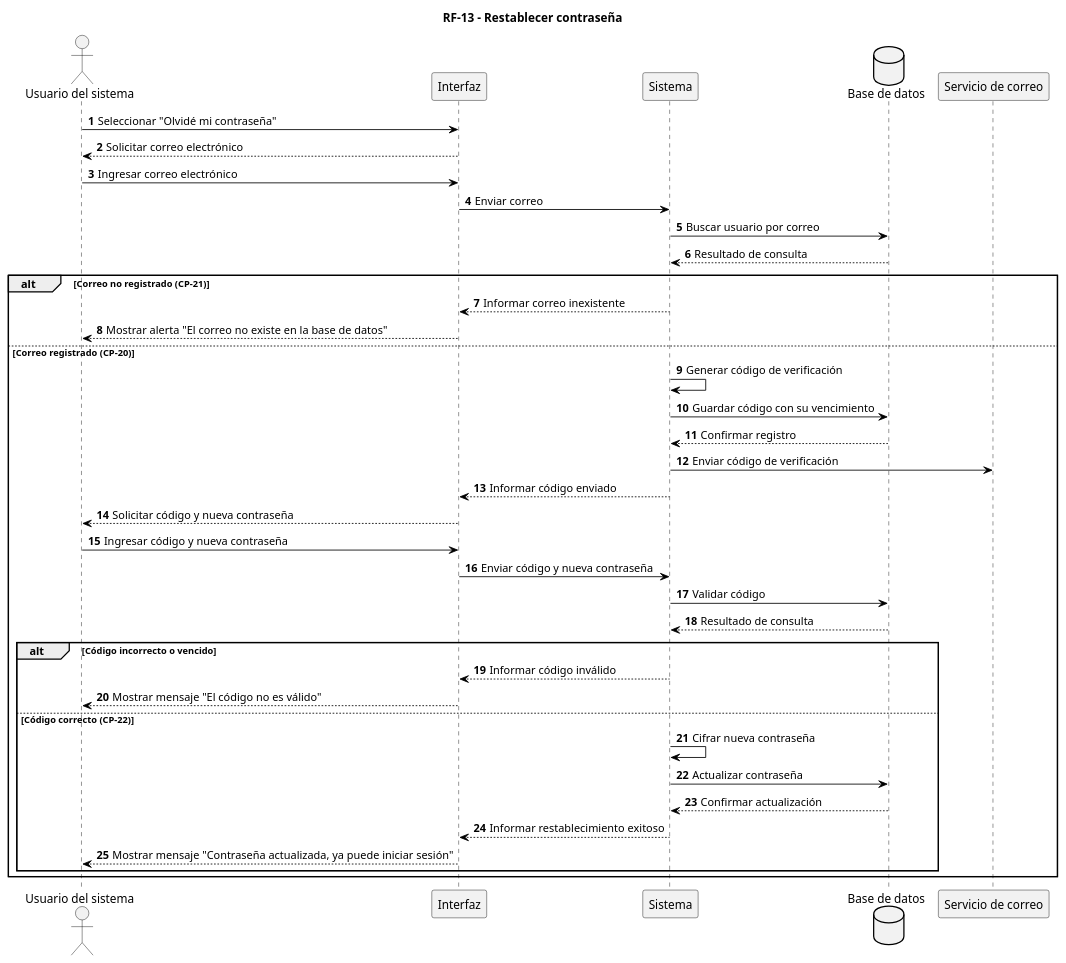
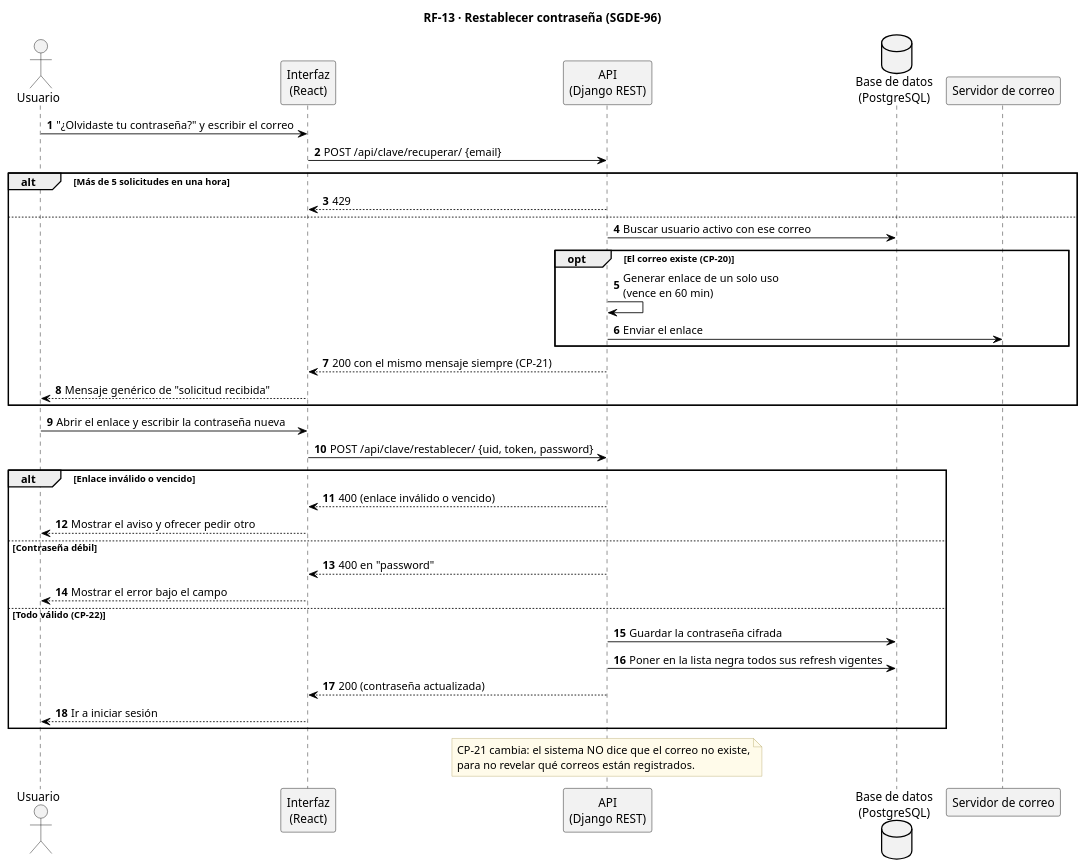
One commit to AndreCamx2/Gestion-De-Eventos changed the diagram in docs/diagramas_secuencia_sgde_v3/EXTRA_RF-13_Restablecer_contrasena_secuencia.puml. Above: the diagram before and after it, drawn with PlantUML. The commit also changed 172 other files, not shown here.

First line of the commit message:
docs(diagramas): alinear los diagramas con el sistema construido

```diff
--- a/docs/diagramas_secuencia_sgde_v3/EXTRA_RF-13_Restablecer_contrasena_secuencia.puml
+++ b/docs/diagramas_secuencia_sgde_v3/EXTRA_RF-13_Restablecer_contrasena_secuencia.puml
@@ -1,56 +1,58 @@
 @startuml EXTRA_RF-13_Restablecer_contrasena_secuencia
-title RF-13 - Restablecer contraseña
+title RF-13 · Restablecer contraseña (SGDE-96)
 skinparam backgroundColor white
 skinparam sequence {
   ArrowColor black
   LifeLineBorderColor black
   ParticipantBorderColor black
   ParticipantBackgroundColor #F2F2F2
   ActorBorderColor black
   ActorBackgroundColor #F2F2F2
 }
 skinparam database {
   BackgroundColor #F2F2F2
   BorderColor black
 }
+skinparam note {
+  BackgroundColor #FFFBEA
+  BorderColor #B8A86B
+}
 autonumber
 
-actor "Usuario del sistema" as US
-participant "Interfaz" as UI
-participant "Sistema" as SI
-database "Base de datos" as BD
-participant "Servicio de correo" as Correo
-US -> UI : Seleccionar "Olvidé mi contraseña"
-UI --> US : Solicitar correo electrónico
-US -> UI : Ingresar correo electrónico
-UI -> SI : Enviar correo
-SI -> BD : Buscar usuario por correo
-BD --> SI : Resultado de consulta
-
-alt Correo no registrado (CP-21)
-  SI --> UI : Informar correo inexistente
-  UI --> US : Mostrar alerta "El correo no existe en la base de datos"
-else Correo registrado (CP-20)
-  SI -> SI : Generar código de verificación
-  SI -> BD : Guardar código con su vencimiento
-  BD --> SI : Confirmar registro
-  SI -> Correo : Enviar código de verificación
-  SI --> UI : Informar código enviado
-  UI --> US : Solicitar código y nueva contraseña
-  US -> UI : Ingresar código y nueva contraseña
-  UI -> SI : Enviar código y nueva contraseña
-  SI -> BD : Validar código
-  BD --> SI : Resultado de consulta
-
-  alt Código incorrecto o vencido
-    SI --> UI : Informar código inválido
-    UI --> US : Mostrar mensaje "El código no es válido"
-  else Código correcto (CP-22)
-    SI -> SI : Cifrar nueva contraseña
-    SI -> BD : Actualizar contraseña
-    BD --> SI : Confirmar actualización
-    SI --> UI : Informar restablecimiento exitoso
-    UI --> US : Mostrar mensaje "Contraseña actualizada, ya puede iniciar sesión"
+actor "Usuario" as US
+participant "Interfaz\n(React)" as UI
+participant "API\n(Django REST)" as SI
+database "Base de datos\n(PostgreSQL)" as BD
+participant "Servidor de correo" as Correo
+US -> UI : "¿Olvidaste tu contraseña?" y escribir el correo
+UI -> SI : POST /api/clave/recuperar/ {email}
+alt Más de 5 solicitudes en una hora
+  SI --> UI : 429
+else
+  SI -> BD : Buscar usuario activo con ese correo
+  opt El correo existe (CP-20)
+    SI -> SI : Generar enlace de un solo uso\n(vence en 60 min)
+    SI -> Correo : Enviar el enlace
   end
+  SI --> UI : 200 con el mismo mensaje siempre (CP-21)
+  UI --> US : Mensaje genérico de "solicitud recibida"
 end
+US -> UI : Abrir el enlace y escribir la contraseña nueva
+UI -> SI : POST /api/clave/restablecer/ {uid, token, password}
+alt Enlace inválido o vencido
+  SI --> UI : 400 (enlace inválido o vencido)
+  UI --> US : Mostrar el aviso y ofrecer pedir otro
+else Contraseña débil
+  SI --> UI : 400 en "password"
+  UI --> US : Mostrar el error bajo el campo
+else Todo válido (CP-22)
+  SI -> BD : Guardar la contraseña cifrada
+  SI -> BD : Poner en la lista negra todos sus refresh vigentes
+  SI --> UI : 200 (contraseña actualizada)
+  UI --> US : Ir a iniciar sesión
+end
+note over SI
+  CP-21 cambia: el sistema NO dice que el correo no existe,
+  para no revelar qué correos están registrados.
+end note
 @enduml
```
